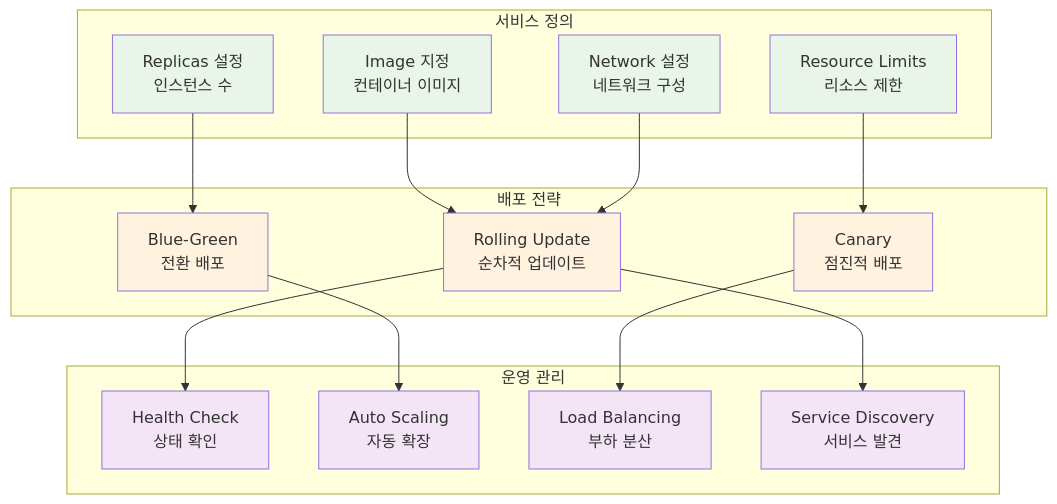
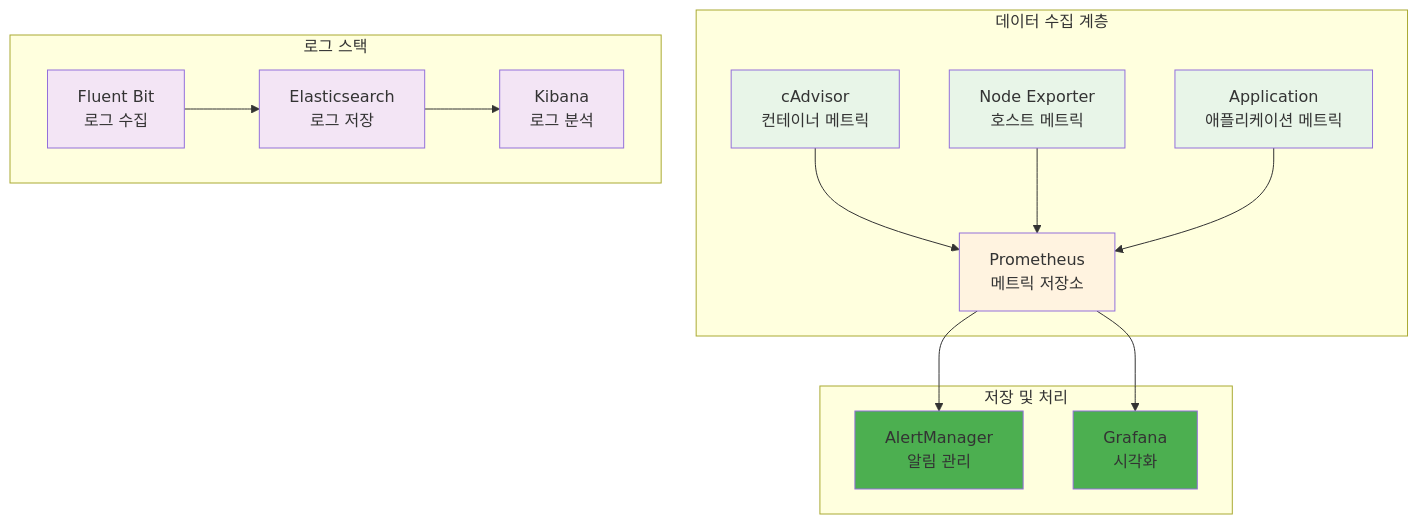
The third of 4 diagrams in theory/week_02/day3/session_3.md (niceguy61/kdt_devops_lecture_2025), drawn with Mermaid before and after one commit. The commit also changed other lines of this file and 68 other files, not shown here.

````diff
--- a/theory/week_02/day3/session_3.md
+++ b/theory/week_02/day3/session_3.md
@@ -131,44 +108,28 @@
 ```mermaid
 graph TB
-    subgraph "서비스 정의"
-        A1[Image 지정<br/>컨테이너 이미지]
-        A2[Replicas 설정<br/>인스턴스 수]
-        A3[Resource Limits<br/>리소스 제한]
-        A4[Network 설정<br/>네트워크 구성]
+    subgraph "데이터 수집 계층"
+        A[cAdvisor<br/>컨테이너 메트릭] --> D[Prometheus<br/>메트릭 저장소]
+        B[Node Exporter<br/>호스트 메트릭] --> D
+        C[Application<br/>애플리케이션 메트릭] --> D
     end
     
-    subgraph "배포 전략"
-        B1[Rolling Update<br/>순차적 업데이트]
-        B2[Blue-Green<br/>전환 배포]
-        B3[Canary<br/>점진적 배포]
+    subgraph "저장 및 처리"
+        D --> E[AlertManager<br/>알림 관리]
+        D --> F[Grafana<br/>시각화]
     end
     
-    subgraph "운영 관리"
-        C1[Health Check<br/>상태 확인]
-        C2[Auto Scaling<br/>자동 확장]
-        C3[Load Balancing<br/>부하 분산]
-        C4[Service Discovery<br/>서비스 발견]
+    subgraph "로그 스택"
+        G[Fluent Bit<br/>로그 수집] --> H[Elasticsearch<br/>로그 저장]
+        H --> I[Kibana<br/>로그 분석]
     end
     
-    A1 --> B1
-    A2 --> B2
-    A3 --> B3
-    A4 --> B1
-    
-    B1 --> C1
-    B2 --> C2
-    B3 --> C3
-    B1 --> C4
-    
-    style A1 fill:#e8f5e8
-    style A2 fill:#e8f5e8
-    style A3 fill:#e8f5e8
-    style A4 fill:#e8f5e8
-    style B1 fill:#fff3e0
-    style B2 fill:#fff3e0
-    style B3 fill:#fff3e0
-    style C1 fill:#f3e5f5
-    style C2 fill:#f3e5f5
-    style C3 fill:#f3e5f5
-    style C4 fill:#f3e5f5
+    style A fill:#e8f5e8
+    style B fill:#e8f5e8
+    style C fill:#e8f5e8
+    style D fill:#fff3e0
+    style E fill:#4caf50
+    style F fill:#4caf50
+    style G fill:#f3e5f5
+    style H fill:#f3e5f5
+    style I fill:#f3e5f5
 ```
````
